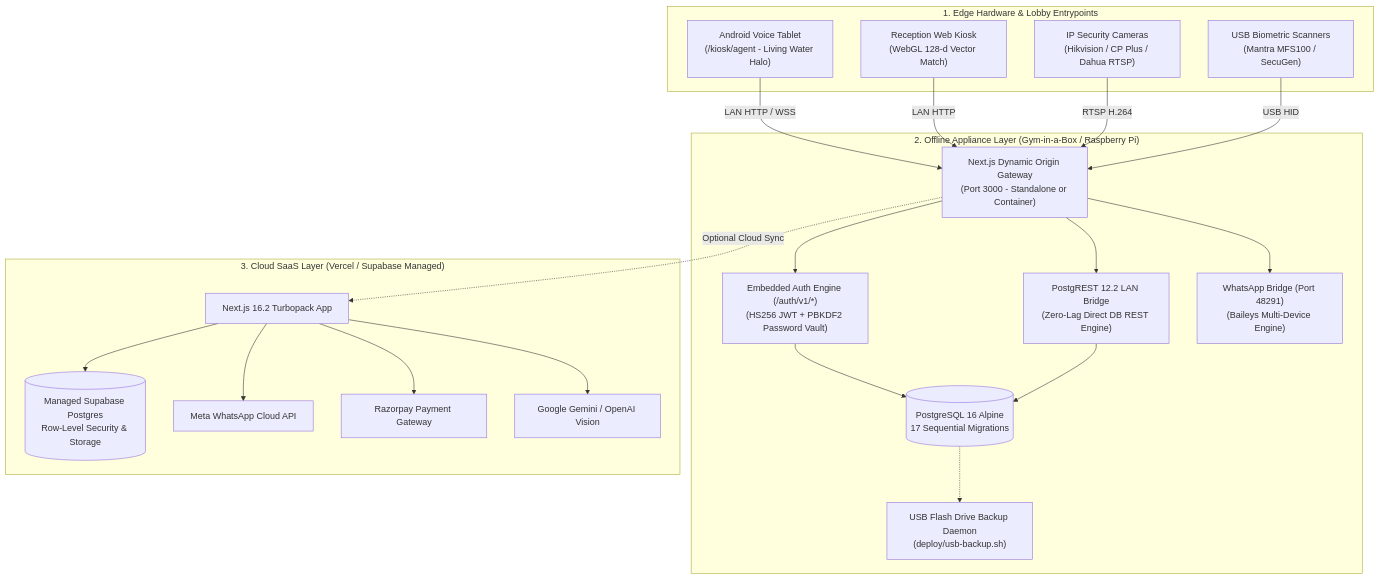
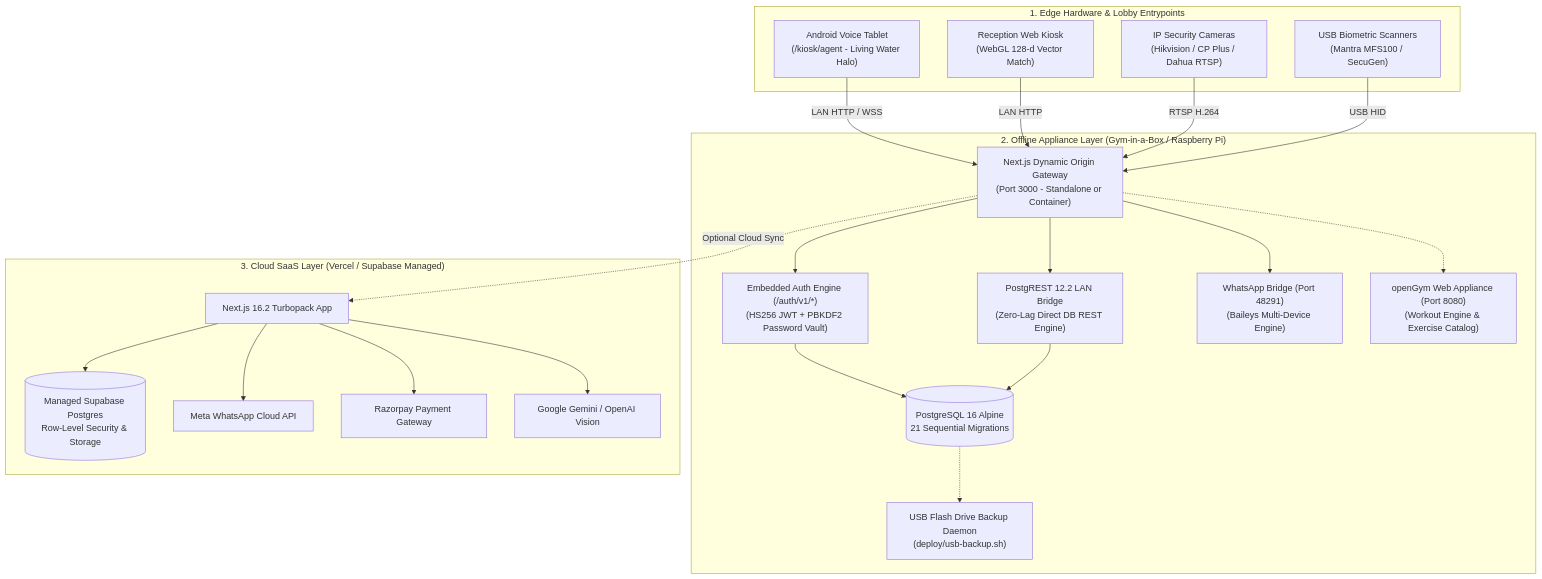
The diagram in README.md (prashantb2400/GYM-ERP-2), drawn with Mermaid before and after one commit. The commit also changed other lines of this file and 6 other files, not shown here.

First line of the commit message:
feat(workouts): openGym workout hub, exercise science APIs, and offline appliance container

````diff
--- a/README.md
+++ b/README.md
@@ -165,44 +166,46 @@
 ```mermaid
 flowchart TB
     subgraph EdgeHardware["1. Edge Hardware & Lobby Entrypoints"]
         TabletKiosk["Android Voice Tablet<br/>(/kiosk/agent - Living Water Halo)"]
         WebFace["Reception Web Kiosk<br/>(WebGL 128-d Vector Match)"]
         CCTVCams["IP Security Cameras<br/>(Hikvision / CP Plus / Dahua RTSP)"]
         BioScanners["USB Biometric Scanners<br/>(Mantra MFS100 / SecuGen)"]
     end
 
     subgraph ApplianceLayer["2. Offline Appliance Layer (Gym-in-a-Box / Raspberry Pi)"]
         NextProxy["Next.js Dynamic Origin Gateway<br/>(Port 3000 - Standalone or Container)"]
         LocalAuth["Embedded Auth Engine (/auth/v1/*)<br/>(HS256 JWT + PBKDF2 Password Vault)"]
         LocalPGRST["PostgREST 12.2 LAN Bridge<br/>(Zero-Lag Direct DB REST Engine)"]
-        LocalPG[("PostgreSQL 16 Alpine<br/>17 Sequential Migrations")]
+        LocalPG[("PostgreSQL 16 Alpine<br/>21 Sequential Migrations")]
         WABridge["WhatsApp Bridge (Port 48291)<br/>(Baileys Multi-Device Engine)"]
+        OpenGymApp["openGym Web Appliance (Port 8080)<br/>(Workout Engine & Exercise Catalog)"]
         BackupUtil["USB Flash Drive Backup Daemon<br/>(deploy/usb-backup.sh)"]
     end
 
     subgraph CloudLayer["3. Cloud SaaS Layer (Vercel / Supabase Managed)"]
         CloudNext["Next.js 16.2 Turbopack App"]
         CloudSupabase[("Managed Supabase Postgres<br/>Row-Level Security & Storage")]
         CloudMeta["Meta WhatsApp Cloud API"]
         CloudRazorpay["Razorpay Payment Gateway"]
         CloudLLM["Google Gemini / OpenAI Vision"]
     end
 
     TabletKiosk -->|LAN HTTP / WSS| NextProxy
     WebFace -->|LAN HTTP| NextProxy
     CCTVCams -->|RTSP H.264| NextProxy
     BioScanners -->|USB HID| NextProxy
 
     NextProxy --> LocalAuth
     NextProxy --> LocalPGRST
     LocalAuth --> LocalPG
     LocalPGRST --> LocalPG
     NextProxy --> WABridge
+    NextProxy -.-> OpenGymApp
     LocalPG -.-> BackupUtil
 
     NextProxy -.->|Optional Cloud Sync| CloudNext
     CloudNext --> CloudSupabase
     CloudNext --> CloudMeta
     CloudNext --> CloudRazorpay
     CloudNext --> CloudLLM
 ```
````
